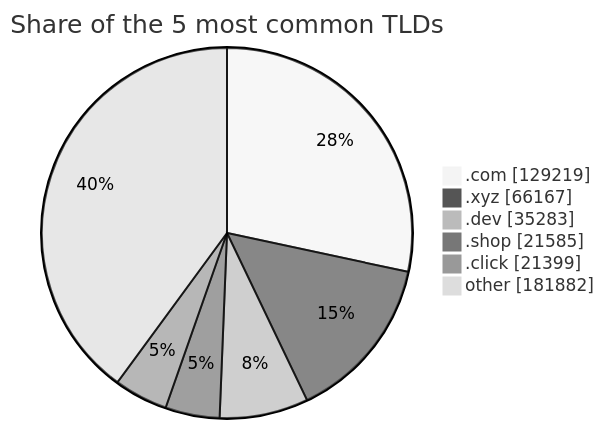
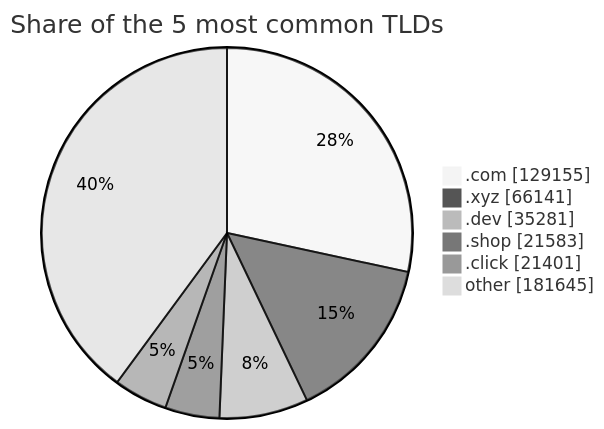
Before and after one commit to DNSBunker/CTI: the third of 3 diagrams in README.md, drawn with Mermaid (neutral theme). The commit also changed other lines of this file and 3 other files, not shown here.

````diff
--- a/README.md
+++ b/README.md
@@ -81,9 +81,9 @@
 ```mermaid
 pie showData title Share of the 5 most common TLDs
-    ".com" : 129219
-    ".xyz" : 66167
-    ".dev" : 35283
-    ".shop" : 21585
-    ".click" : 21399
-    "other" : 181882
+    ".com" : 129155
+    ".xyz" : 66141
+    ".dev" : 35281
+    ".shop" : 21583
+    ".click" : 21401
+    "other" : 181645
 ```
````
